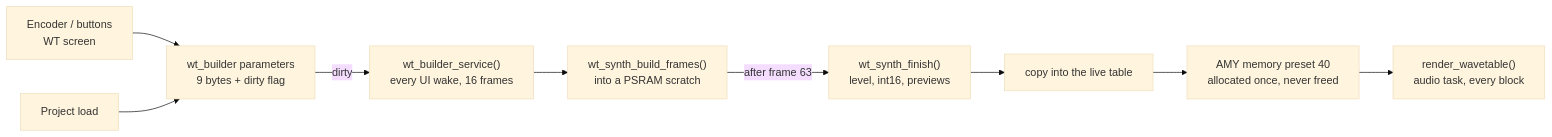
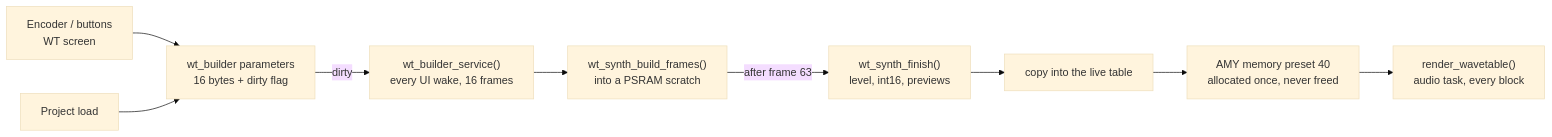
The second of 2 diagrams in VOICE-BUILDERS.md (rt-rtos/S3-Amysynth), drawn with Mermaid (base theme) before and after one commit. The commit also changed other lines of this file and 15 other files, not shown here.

````diff
--- a/VOICE-BUILDERS.md
+++ b/VOICE-BUILDERS.md
@@ -329,11 +356,11 @@
 ```mermaid
 flowchart LR
-    ENC["Encoder / buttons<br/>WT screen"] --> PAR["wt_builder parameters<br/>9 bytes + dirty flag"]
+    ENC["Encoder / buttons<br/>WT screen"] --> PAR["wt_builder parameters<br/>16 bytes + dirty flag"]
     LOAD["Project load"] --> PAR
     PAR -->|"dirty"| SRV["wt_builder_service()<br/>every UI wake, 16 frames"]
     SRV --> GEN["wt_synth_build_frames()<br/>into a PSRAM scratch"]
     GEN -->|"after frame 63"| FIN["wt_synth_finish()<br/>level, int16, previews"]
     FIN --> CPY["copy into the live table"]
     CPY --> LIVE["AMY memory preset 40<br/>allocated once, never freed"]
     LIVE --> RND["render_wavetable()<br/>audio task, every block"]
 ```
````
